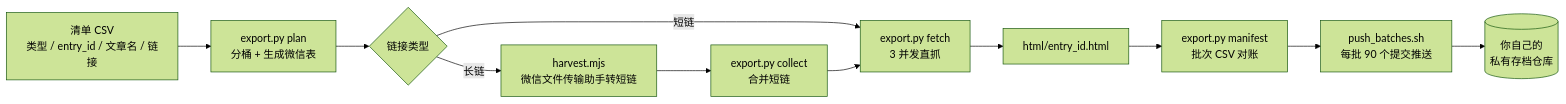
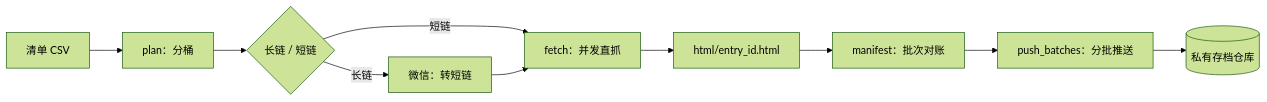
One commit to PakhomLeo/wechat-article-export changed the diagram in README.md. Above: the diagram before and after it, drawn with Mermaid (forest theme).

Commit message:
docs: 简化 Mermaid 流程图，修复 GitHub 富文本渲染失败

````diff
--- a/README.md
+++ b/README.md
@@ -25,13 +25,12 @@
 ```mermaid
 flowchart LR
-    A[清单 CSV<br/>类型 / entry_id / 文章名 / 链接] --> B[export.py plan<br/>分桶 + 生成微信表]
-    B --> C{链接类型}
-    C -- 短链 --> D[export.py fetch<br/>3 并发直抓]
-    C -- 长链 --> E[harvest.mjs<br/>微信文件传输助手转短链]
-    E --> F[export.py collect<br/>合并短链]
-    F --> D
-    D --> G[html/entry_id.html]
-    G --> H[export.py manifest<br/>批次 CSV 对账]
-    H --> I[push_batches.sh<br/>每批 90 个提交推送]
-    I --> J[(你自己的<br/>私有存档仓库)]
+    A["清单 CSV"] --> B["plan：分桶"]
+    B --> C{"长链 / 短链"}
+    C -- 短链 --> D["fetch：并发直抓"]
+    C -- 长链 --> E["微信：转短链"]
+    E --> D
+    D --> F["html/entry_id.html"]
+    F --> G["manifest：批次对账"]
+    G --> H["push_batches：分批推送"]
+    H --> I[("私有存档仓库")]
 ```
````
